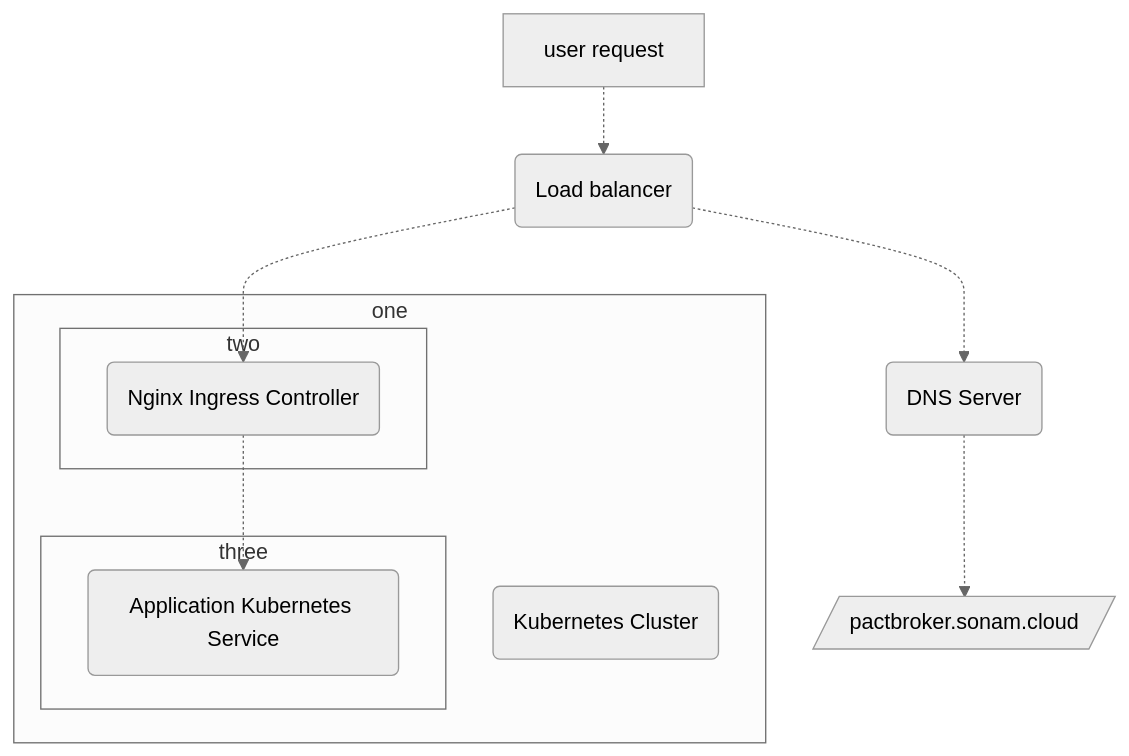
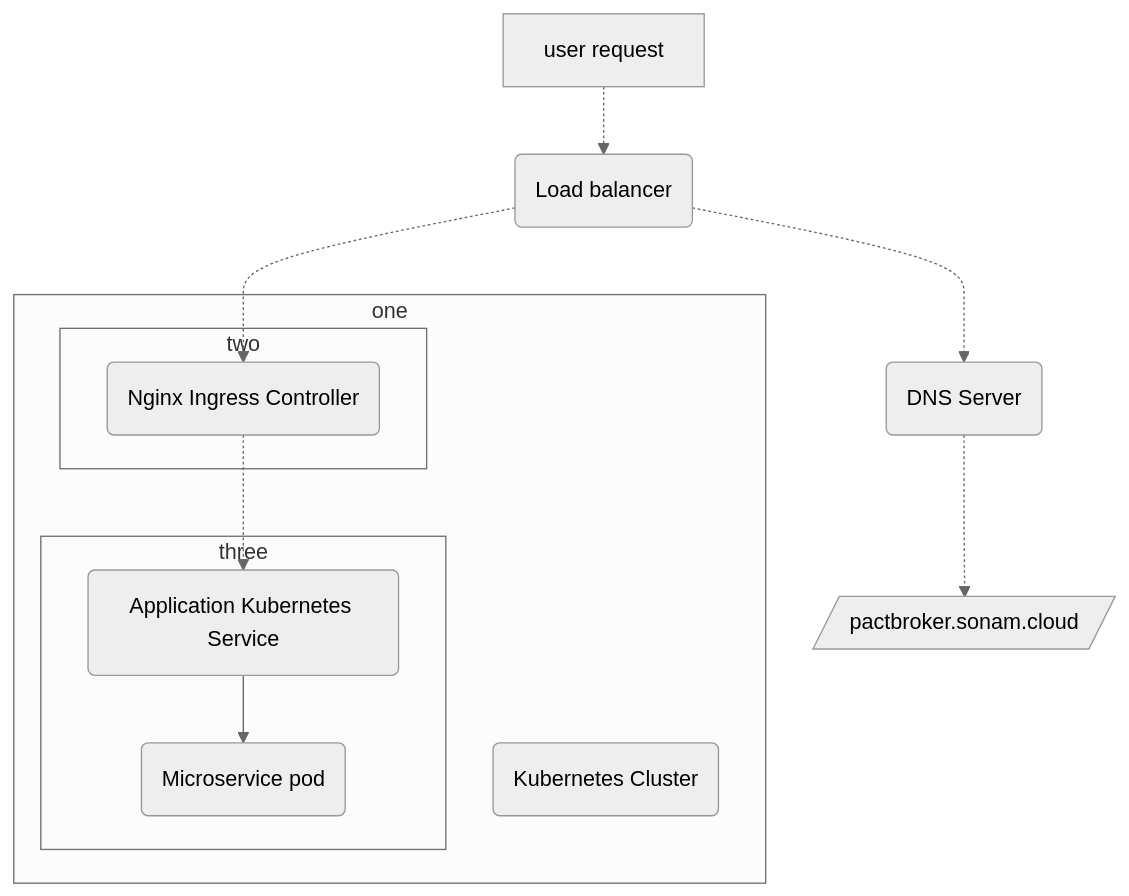
Before and after one commit to sonamsamdupkhangsar/sonamsamdupkhangsar.github.io: the first of 4 diagrams in README.md, drawn with Mermaid (neutral theme).

Commit message:
include pod too

````diff
--- a/README.md
+++ b/README.md
@@ -10,19 +10,20 @@
 ```mermaid
 flowchart TD
     A[user request] -.-> B(Load balancer)
     B -.-> C(DNS Server)
     C -.-> D[/pactbroker.sonam.cloud/]
     subgraph one
     E(Kubernetes Cluster)
     subgraph two
     F(Nginx Ingress Controller) 
     end
     subgraph three
     G(Application Kubernetes Service)
+    G --> H(Microservice pod)
     end    
     end
     F -.-> G
     B -.-> F
 
 
 ```
````
